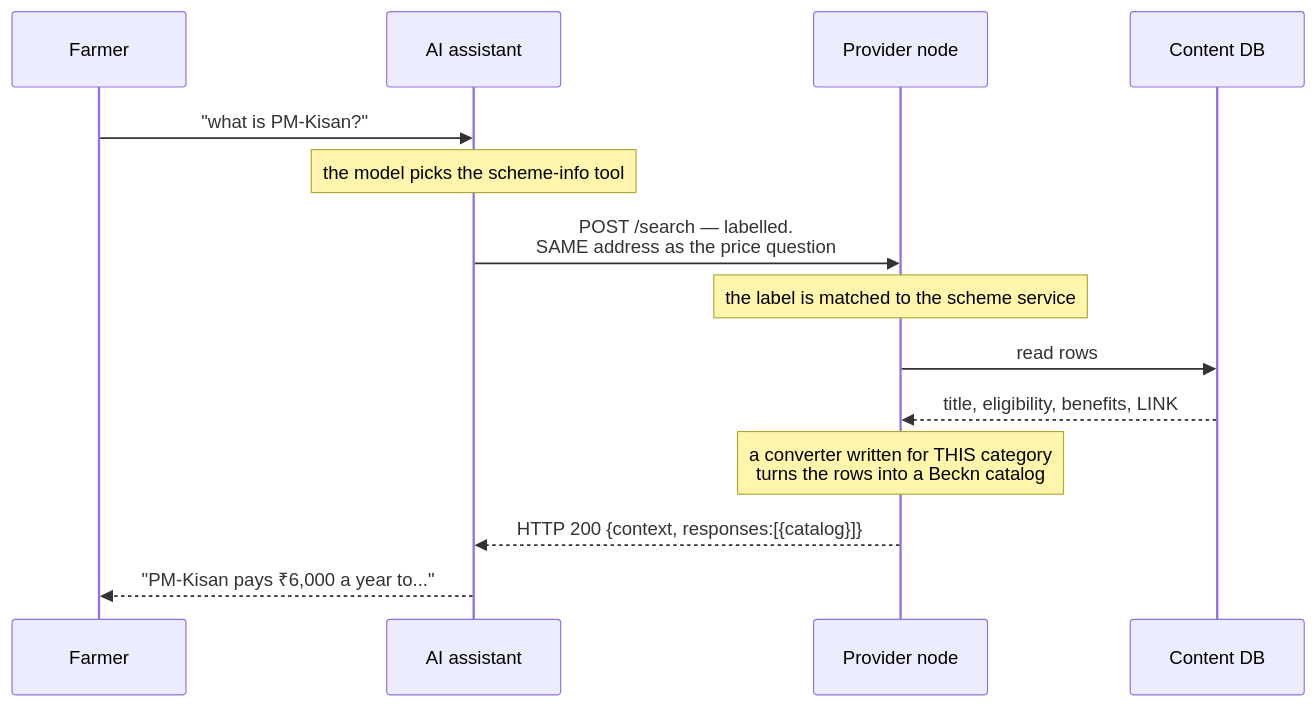
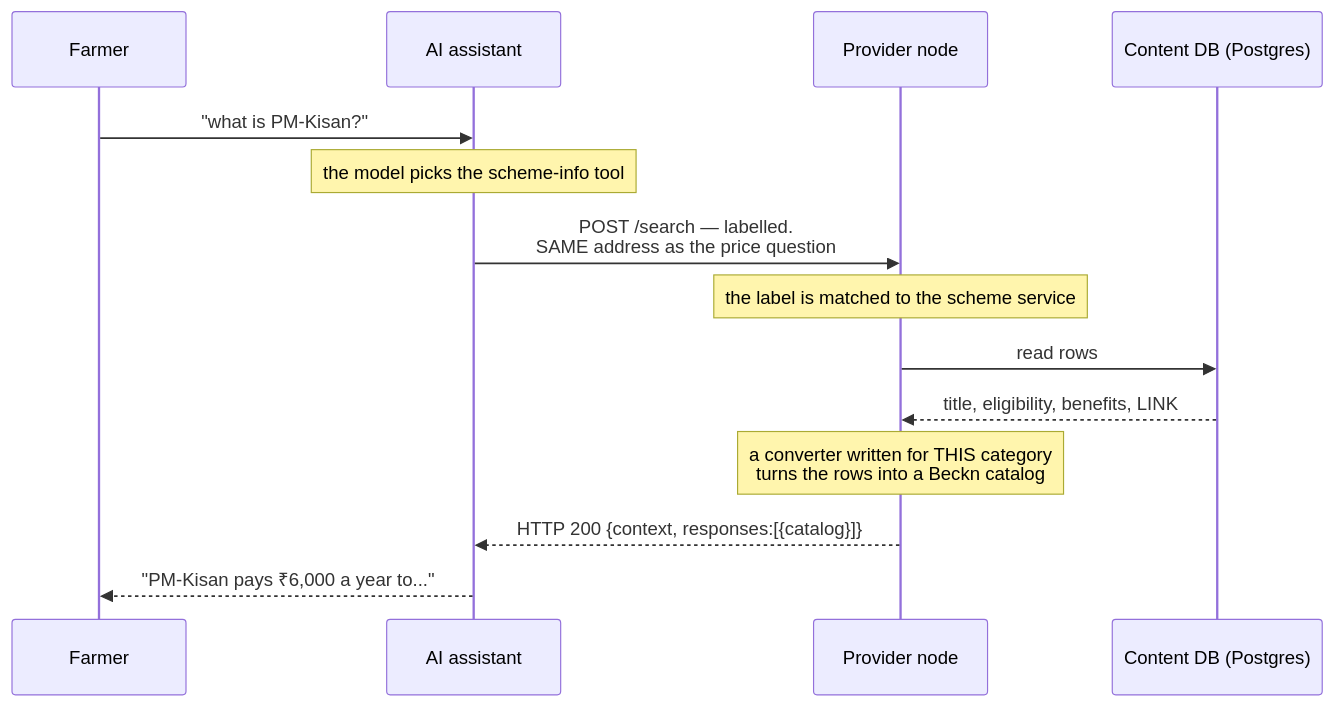
The eighth of 10 diagrams in ARCHITECTURE.md (manjudr/documents), drawn with Mermaid before and after one commit. The commit also changed other lines of this file, not shown here.

Commit message:
Name Hasura and Postgres explicitly in the publish diagrams

````diff
--- a/ARCHITECTURE.md
+++ b/ARCHITECTURE.md
@@ -575,17 +575,17 @@
 ```mermaid
 sequenceDiagram
   participant F as Farmer
   participant A as AI assistant
   participant N as Provider node
-  participant DB as Content DB
+  participant DB as Content DB (Postgres)
 
   F->>A: "what is PM-Kisan?"
   Note over A: the model picks the scheme-info tool
   A->>N: POST /search — labelled.<br/>SAME address as the price question
   Note over N: the label is matched to the scheme service
   N->>DB: read rows
   DB-->>N: title, eligibility, benefits, LINK
   Note over N: a converter written for THIS category<br/>turns the rows into a Beckn catalog
   N-->>A: HTTP 200 {context, responses:[{catalog}]}
   A-->>F: "PM-Kisan pays ₹6,000 a year to..."
 ```
````
